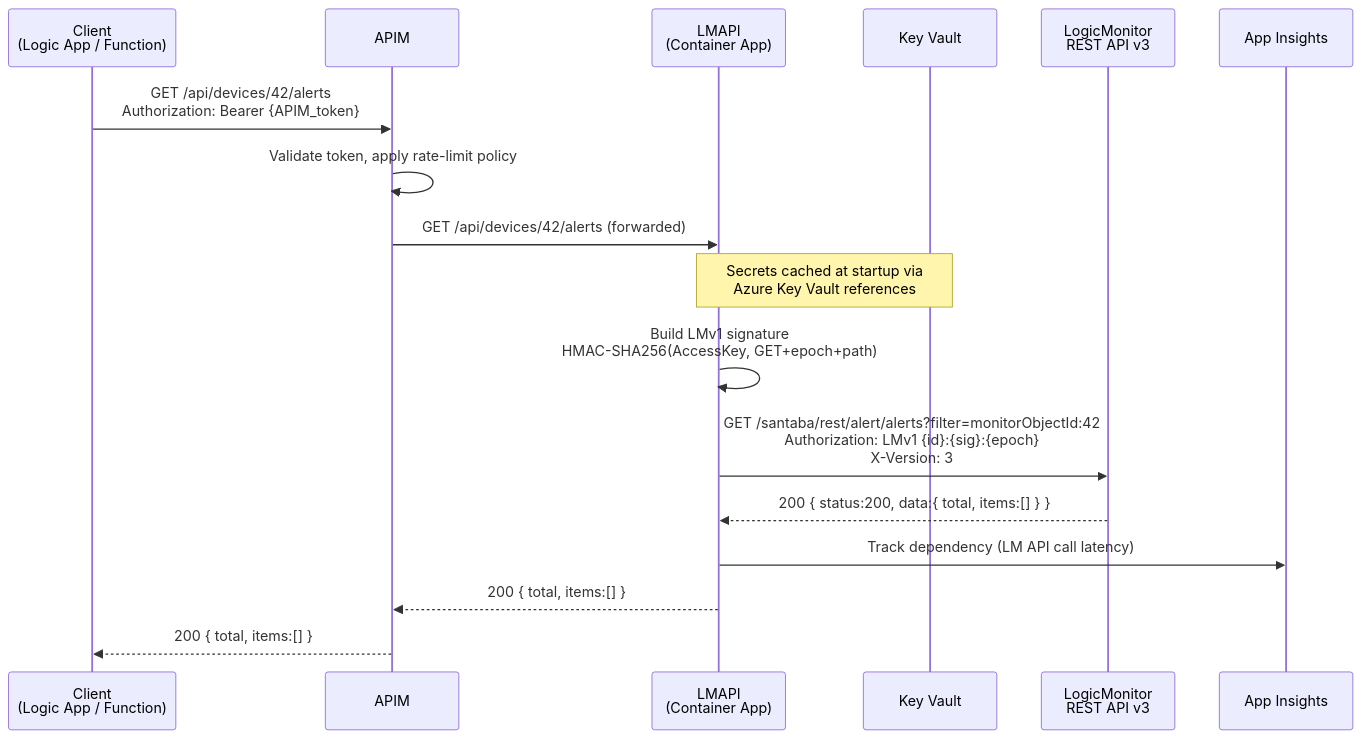
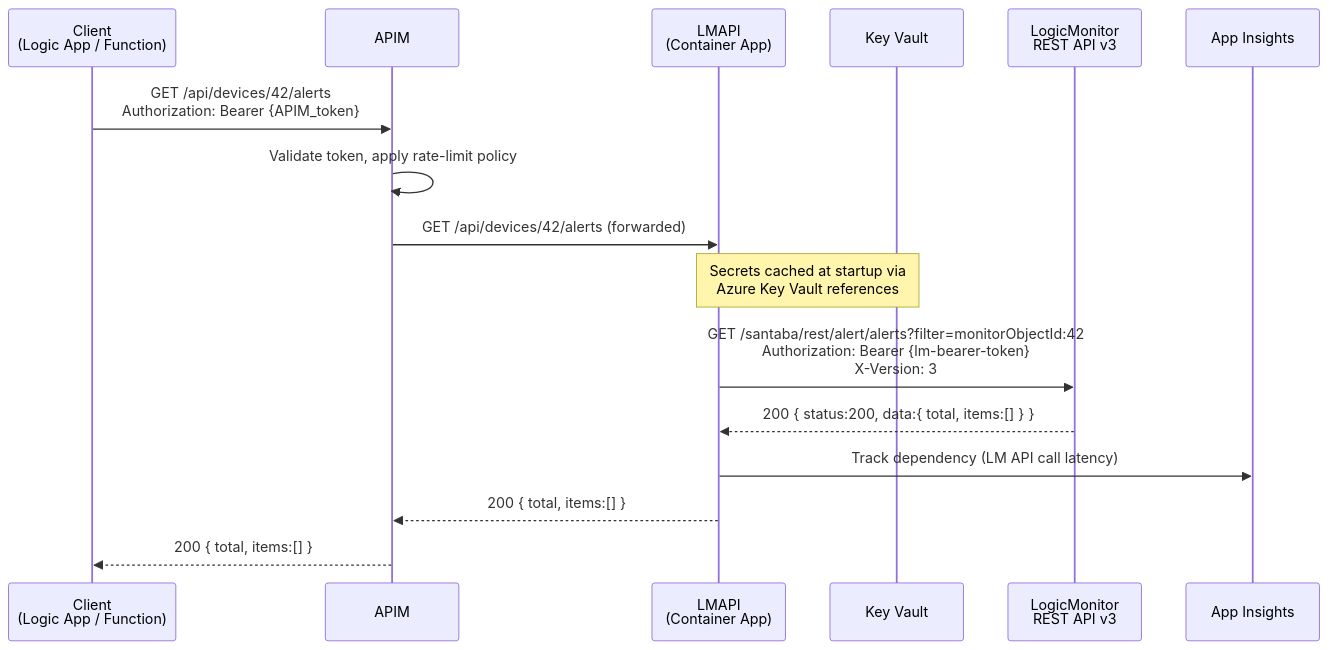
One commit to livesid44/LMAPI changed the second of 4 diagrams in docs/architecture.md. Above: the diagram before and after it, drawn with Mermaid. The commit also changed other lines of this file and 9 other files, not shown here.

First line of the commit message:
Switch LogicMonitor auth from LMv1 HMAC-SHA256 to Bearer token

````diff
--- a/docs/architecture.md
+++ b/docs/architecture.md
@@ -60,23 +60,21 @@
 ```mermaid
 sequenceDiagram
     participant C  as Client<br/>(Logic App / Function)
     participant AP as APIM
     participant LMA as LMAPI<br/>(Container App)
     participant KV as Key Vault
     participant LM as LogicMonitor<br/>REST API v3
     participant AI as App Insights
 
     C  ->> AP  : GET /api/devices/42/alerts<br/>Authorization: Bearer {APIM_token}
     AP ->> AP  : Validate token, apply rate-limit policy
     AP ->> LMA : GET /api/devices/42/alerts (forwarded)
 
     Note over LMA,KV: Secrets cached at startup via<br/>Azure Key Vault references
-    LMA ->> LMA : Build LMv1 signature<br/>HMAC-SHA256(AccessKey, GET+epoch+path)
-
-    LMA ->> LM  : GET /santaba/rest/alert/alerts?filter=monitorObjectId:42<br/>Authorization: LMv1 {id}:{sig}:{epoch}<br/>X-Version: 3
+    LMA ->> LM  : GET /santaba/rest/alert/alerts?filter=monitorObjectId:42<br/>Authorization: Bearer {lm-bearer-token}<br/>X-Version: 3
     LM  -->> LMA: 200 { status:200, data:{ total, items:[] } }
 
     LMA ->> AI  : Track dependency (LM API call latency)
     LMA -->> AP : 200 { total, items:[] }
     AP  -->> C  : 200 { total, items:[] }
 ```
````
